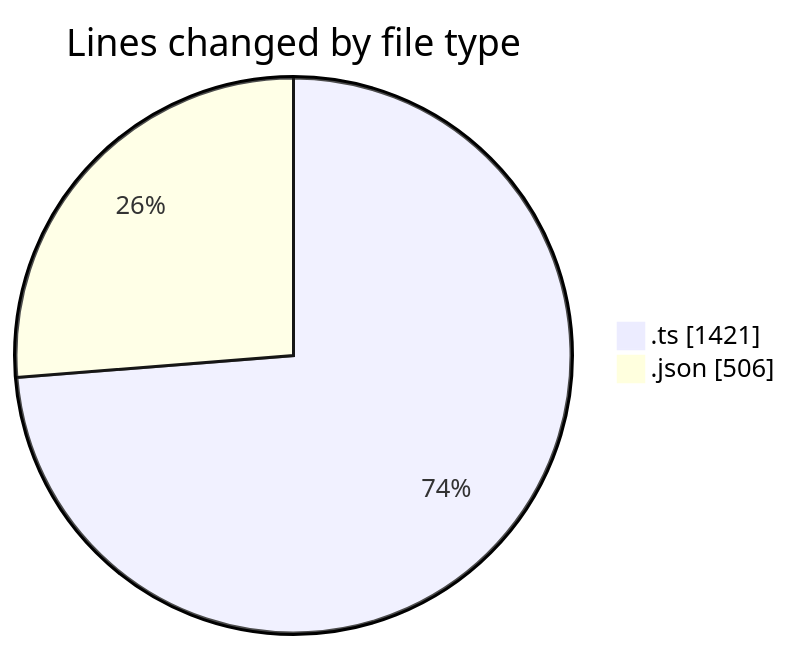
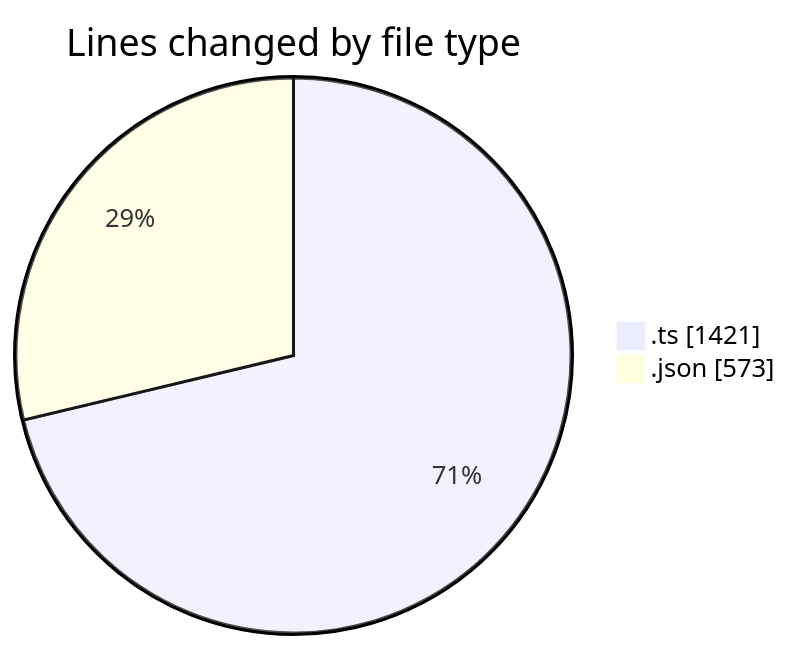
One commit to momahboobian/code-tracking changed the first of 2 diagrams in 2025-10-22/cda/README.md. Above: the diagram before and after it, drawn with Mermaid. The commit also changed other lines of this file and 1 other file, not shown here.

````diff
--- a/2025-10-22/cda/README.md
+++ b/2025-10-22/cda/README.md
@@ -24,6 +25,6 @@
 ```mermaid
 pie showData
 title Lines changed by file type
 ".ts" : 1421
-".json" : 506
+".json" : 573
 ```
````
